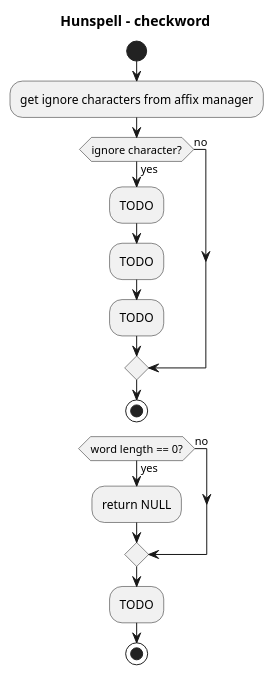
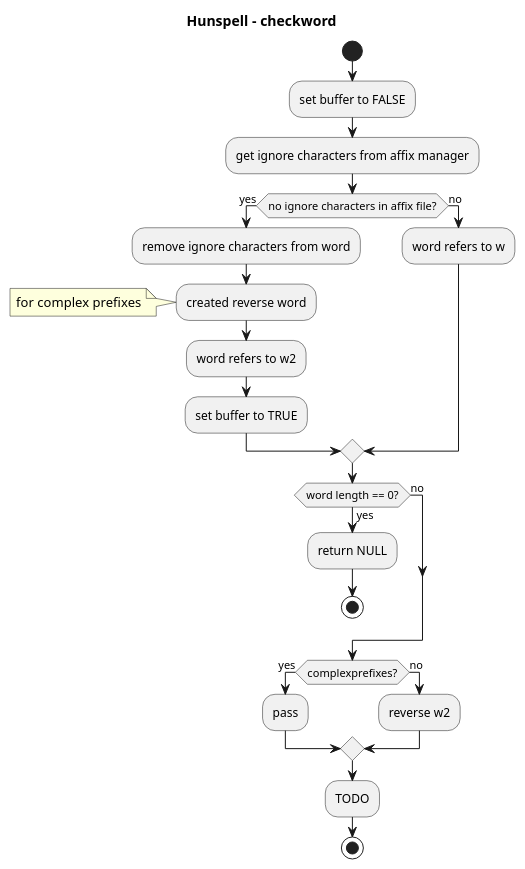
Before and after one commit to nuspell/misc-nuspell: the diagram in uml/plantuml/checkword-activity-diagram.pu, drawn with PlantUML. The commit also changed 35 other files, not shown here.

```diff
--- a/uml/plantuml/checkword-activity-diagram.pu
+++ b/uml/plantuml/checkword-activity-diagram.pu
@@ -1,25 +1,34 @@
 @startuml
 
 title Hunspell - checkword
 
 start
 
+:set buffer to FALSE;
 :get ignore characters from affix manager;
-if (ignore character?) then (yes)
-	:TODO;
-	:TODO;
-	:TODO;
+if (no ignore characters in affix file?) then (yes)
+	:remove ignore characters from word;
+	:created reverse word;
+	note left: for complex prefixes
+	:word refers to w2;
+	:set buffer to TRUE;
+else (no)
+	:word refers to w;
+endif
+
+if (word length == 0?) then (yes)
+	:return NULL;
+	stop
 else (no)
 endif
 
-stop
-
-if (word length == 0?) then (yes)
-	:return NULL;
+if (complexprefixes?) then (yes)
+	:pass;
 else (no)
+	:reverse w2;
 endif
 
 :TODO;
 
 stop
 @enduml
```
